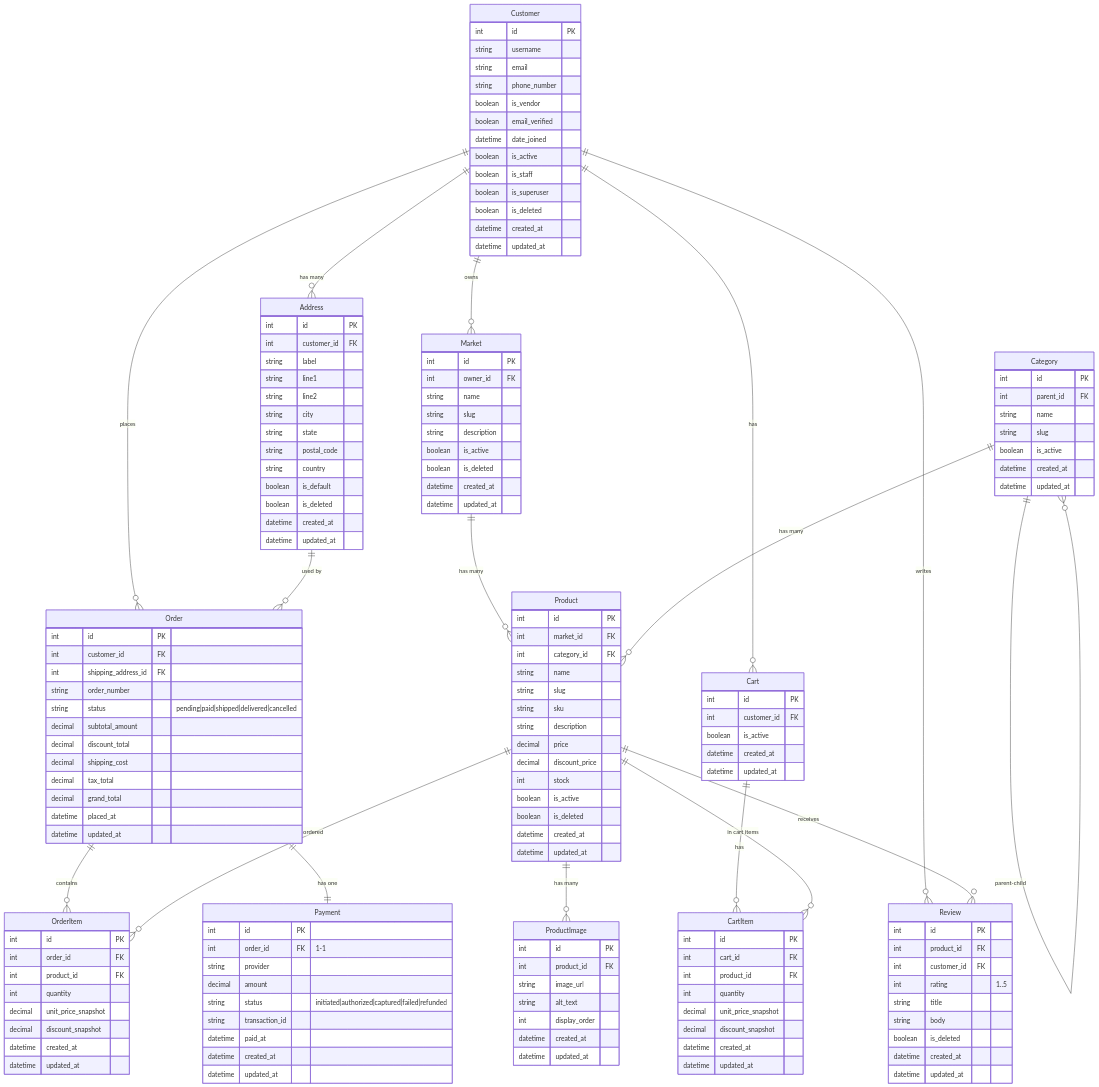
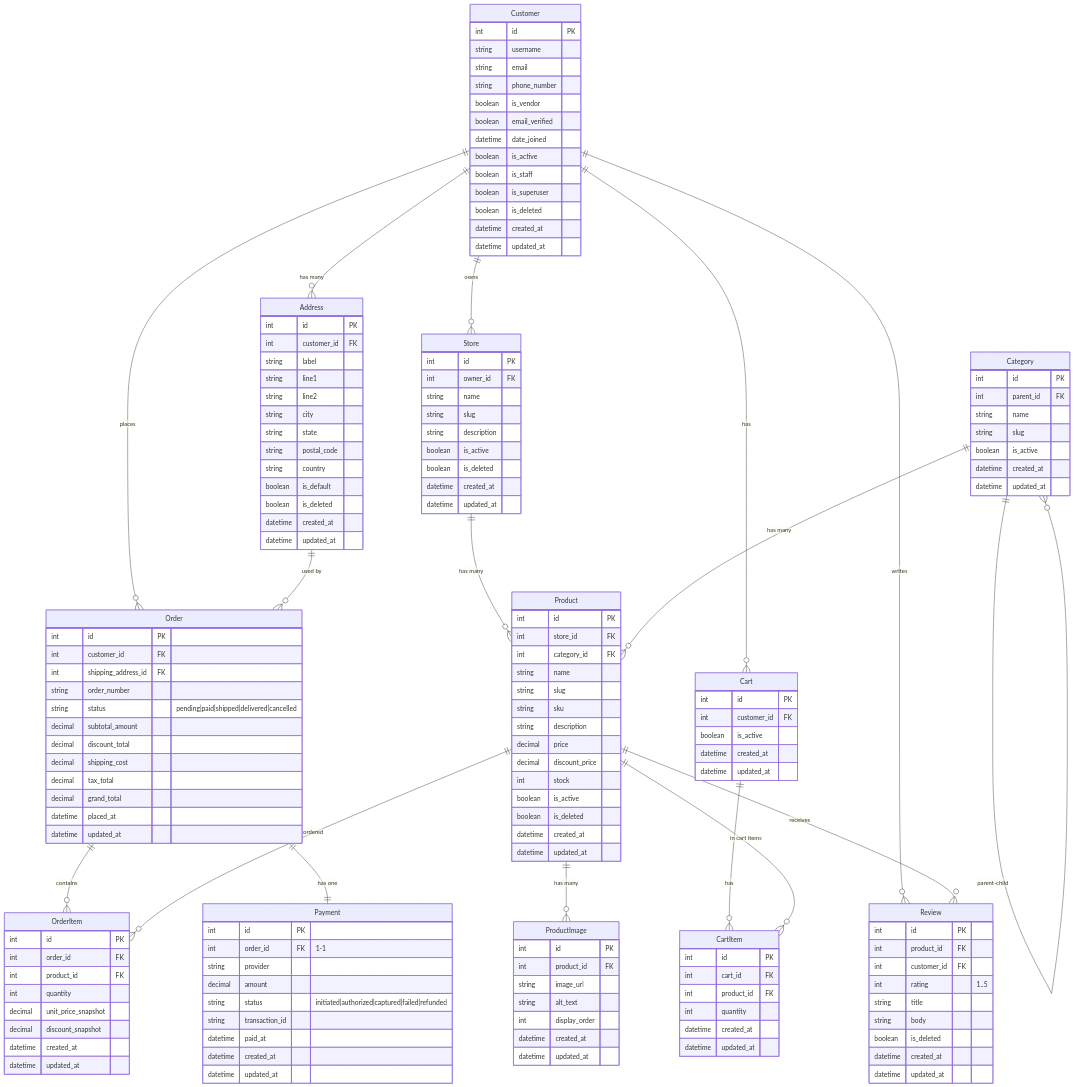
One commit to Ulahyle/Online_Store changed the diagram in project_erd/erd.mmd. Above: the diagram before and after it, drawn with Mermaid. The commit also changed 1 other file, not shown here.

Commit message:
project erd Updated!

```diff
--- a/project_erd/erd.mmd
+++ b/project_erd/erd.mmd
@@ -1,167 +1,165 @@
 erDiagram
   Customer ||--o{ Address : "has many"
-  Customer ||--o{ Market : "owns"
+  Customer ||--o{ Store : "owns"
   Category ||--o{ Category : "parent-child"
-  Market ||--o{ Product : "has many"
+  Store ||--o{ Product : "has many"
   Category ||--o{ Product : "has many"
   Product ||--o{ ProductImage : "has many"
   Customer ||--o{ Cart : "has"
   Cart ||--o{ CartItem : "has"
   Product ||--o{ CartItem : "in cart items"
   Customer ||--o{ Order : "places"
   Address ||--o{ Order : "used by"
   Order ||--o{ OrderItem : "contains"
   Product ||--o{ OrderItem : "ordered"
   Order ||--|| Payment : "has one"
   Customer ||--o{ Review : "writes"
   Product ||--o{ Review : "receives"
 
   Customer {
     int id PK
     string username
     string email
     string phone_number
     boolean is_vendor
     boolean email_verified
     datetime date_joined
     boolean is_active
     boolean is_staff
     boolean is_superuser
     boolean is_deleted
     datetime created_at
     datetime updated_at
   }
 
   Address {
     int id PK
     int customer_id FK
     string label
     string line1
     string line2
     string city
     string state
     string postal_code
     string country
     boolean is_default
     boolean is_deleted
     datetime created_at
     datetime updated_at
   }
 
-  Market {
+  Store {
     int id PK
     int owner_id FK
     string name
     string slug
     string description
     boolean is_active
     boolean is_deleted
     datetime created_at
     datetime updated_at
   }
 
   Category {
     int id PK
     int parent_id FK
     string name
     string slug
     boolean is_active
     datetime created_at
     datetime updated_at
   }
 
   Product {
     int id PK
-    int market_id FK
+    int store_id FK
     int category_id FK
     string name
     string slug
     string sku
     string description
     decimal price
     decimal discount_price
     int stock
     boolean is_active
     boolean is_deleted
     datetime created_at
     datetime updated_at
   }
 
   ProductImage {
     int id PK
     int product_id FK
     string image_url
     string alt_text
     int display_order
     datetime created_at
     datetime updated_at
   }
 
   Cart {
     int id PK
     int customer_id FK
     boolean is_active
     datetime created_at
     datetime updated_at
   }
 
   CartItem {
     int id PK
     int cart_id FK
     int product_id FK
     int quantity
-    decimal unit_price_snapshot
-    decimal discount_snapshot
     datetime created_at
     datetime updated_at
   }
 
   Order {
     int id PK
     int customer_id FK
     int shipping_address_id FK
     string order_number
     string status  "pending|paid|shipped|delivered|cancelled"
     decimal subtotal_amount
     decimal discount_total
     decimal shipping_cost
     decimal tax_total
     decimal grand_total
     datetime placed_at
     datetime updated_at
   }
 
   OrderItem {
     int id PK
     int order_id FK
     int product_id FK
     int quantity
     decimal unit_price_snapshot
     decimal discount_snapshot
     datetime created_at
     datetime updated_at
   }
 
   Payment {
     int id PK
     int order_id FK  "1-1"
     string provider
     decimal amount
     string status "initiated|authorized|captured|failed|refunded"
     string transaction_id
     datetime paid_at
     datetime created_at
     datetime updated_at
   }
 
   Review {
     int id PK
     int product_id FK
     int customer_id FK
     int rating "1..5"
     string title
     string body
     boolean is_deleted
     datetime created_at
     datetime updated_at
   }
```
